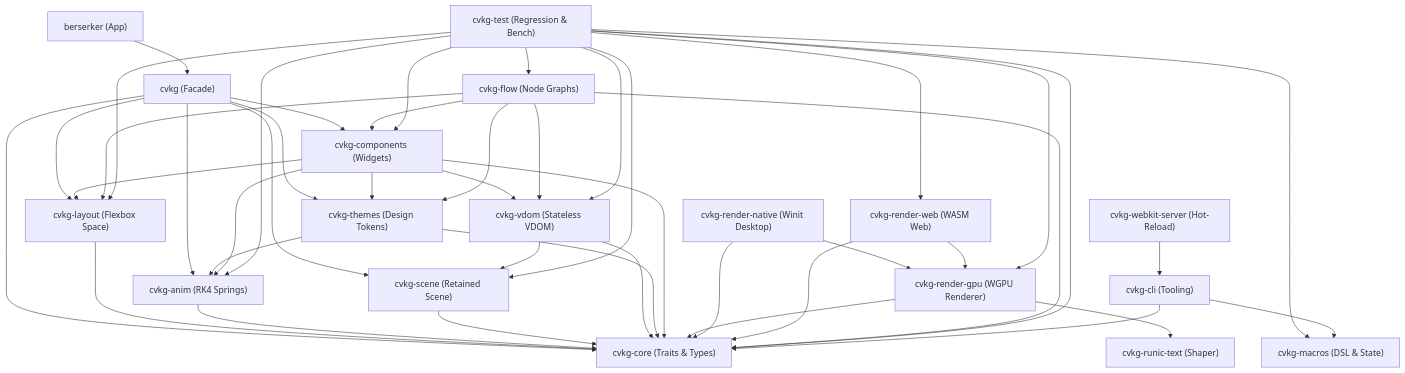
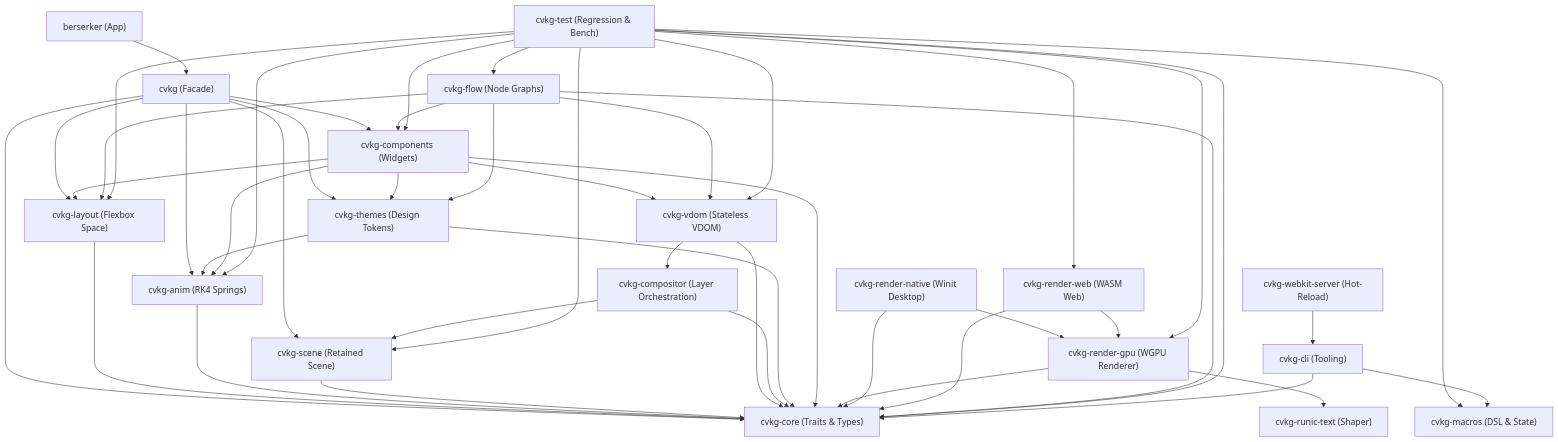
One commit to sydonayrex/cvkg changed the diagram in docs/architecture.md. Above: the diagram before and after it, drawn with Mermaid. The commit also changed other lines of this file and 5 other files, not shown here.

````diff
--- a/docs/architecture.md
+++ b/docs/architecture.md
@@ -11,76 +11,79 @@
 ```mermaid
 graph TD
     %% Crate Nodes
     cvkg["cvkg (Facade)"]
     berserker["berserker (App)"]
     cvkg_core["cvkg-core (Traits & Types)"]
     cvkg_macros["cvkg-macros (DSL & State)"]
     cvkg_vdom["cvkg-vdom (Stateless VDOM)"]
+    cvkg_compositor["cvkg-compositor (Layer Orchestration)"]
     cvkg_scene["cvkg-scene (Retained Scene)"]
     cvkg_layout["cvkg-layout (Flexbox Space)"]
     cvkg_anim["cvkg-anim (RK4 Springs)"]
     cvkg_render_gpu["cvkg-render-gpu (WGPU Renderer)"]
     cvkg_render_native["cvkg-render-native (Winit Desktop)"]
     cvkg_render_web["cvkg-render-web (WASM Web)"]
     cvkg_components["cvkg-components (Widgets)"]
     cvkg_themes["cvkg-themes (Design Tokens)"]
     cvkg_runic_text["cvkg-runic-text (Shaper)"]
     cvkg_flow["cvkg-flow (Node Graphs)"]
     cvkg_test["cvkg-test (Regression & Bench)"]
     cvkg_cli["cvkg-cli (Tooling)"]
     cvkg_webkit_server["cvkg-webkit-server (Hot-Reload)"]
 
     %% Dependencies
     berserker --> cvkg
     cvkg --> cvkg_core
     cvkg --> cvkg_components
     cvkg --> cvkg_layout
     cvkg --> cvkg_anim
     cvkg --> cvkg_scene
     cvkg --> cvkg_themes
 
     cvkg_layout --> cvkg_core
     cvkg_anim --> cvkg_core
     cvkg_scene --> cvkg_core
     cvkg_vdom --> cvkg_core
-    cvkg_vdom --> cvkg_scene
+    cvkg_vdom --> cvkg_compositor
+    cvkg_compositor --> cvkg_scene
+    cvkg_compositor --> cvkg_core
 
     cvkg_themes --> cvkg_core
     cvkg_themes --> cvkg_anim
 
     cvkg_components --> cvkg_core
     cvkg_components --> cvkg_layout
     cvkg_components --> cvkg_anim
     cvkg_components --> cvkg_themes
     cvkg_components --> cvkg_vdom
 
     cvkg_render_gpu --> cvkg_core
     cvkg_render_gpu --> cvkg_runic_text
 
     cvkg_render_native --> cvkg_core
     cvkg_render_native --> cvkg_render_gpu
 
     cvkg_render_web --> cvkg_core
     cvkg_render_web --> cvkg_render_gpu
 
     cvkg_flow --> cvkg_core
     cvkg_flow --> cvkg_components
     cvkg_flow --> cvkg_layout
     cvkg_flow --> cvkg_themes
     cvkg_flow --> cvkg_vdom
 
     cvkg_test --> cvkg_core
     cvkg_test --> cvkg_render_gpu
     cvkg_test --> cvkg_macros
     cvkg_test --> cvkg_components
     cvkg_test --> cvkg_layout
     cvkg_test --> cvkg_vdom
     cvkg_test --> cvkg_render_web
     cvkg_test --> cvkg_scene
     cvkg_test --> cvkg_anim
     cvkg_test --> cvkg_flow
 
     cvkg_cli --> cvkg_core
     cvkg_cli --> cvkg_macros
     cvkg_webkit_server --> cvkg_cli
 ```
````
